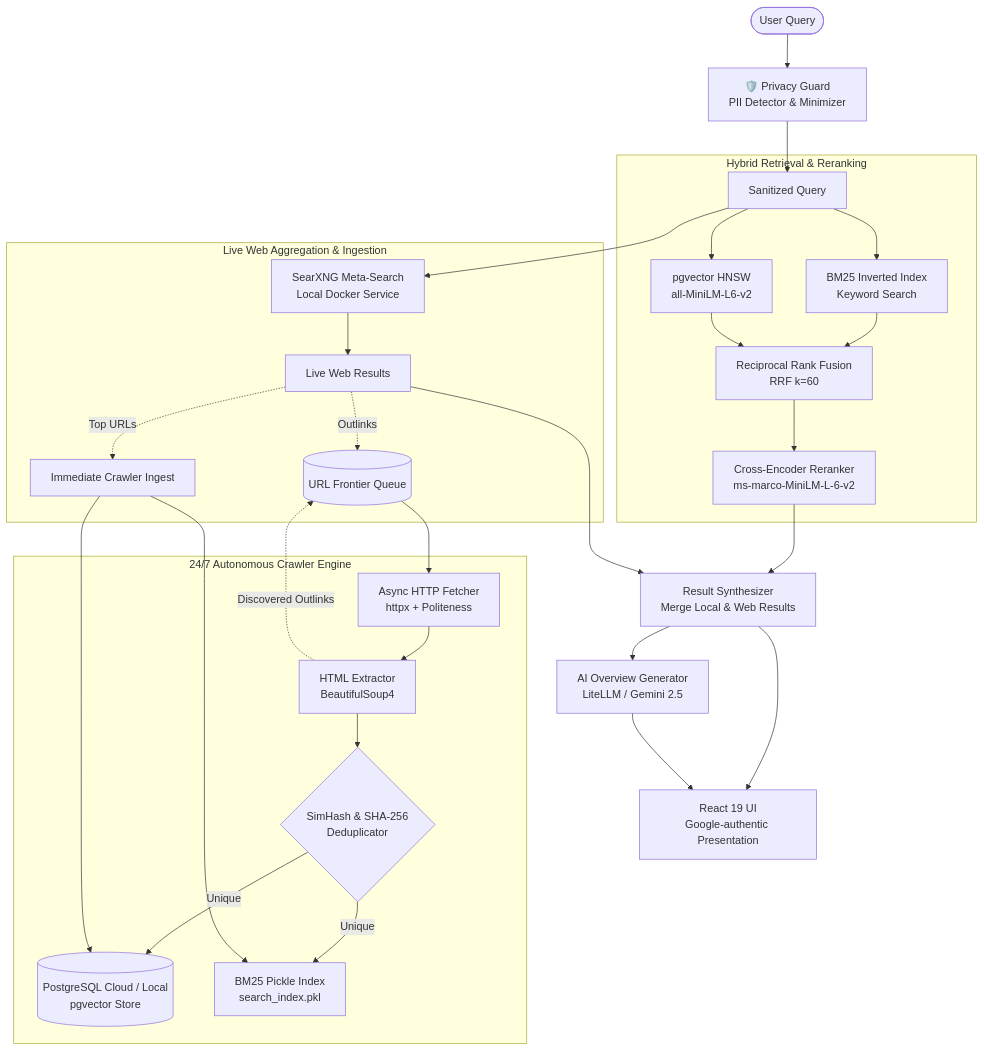
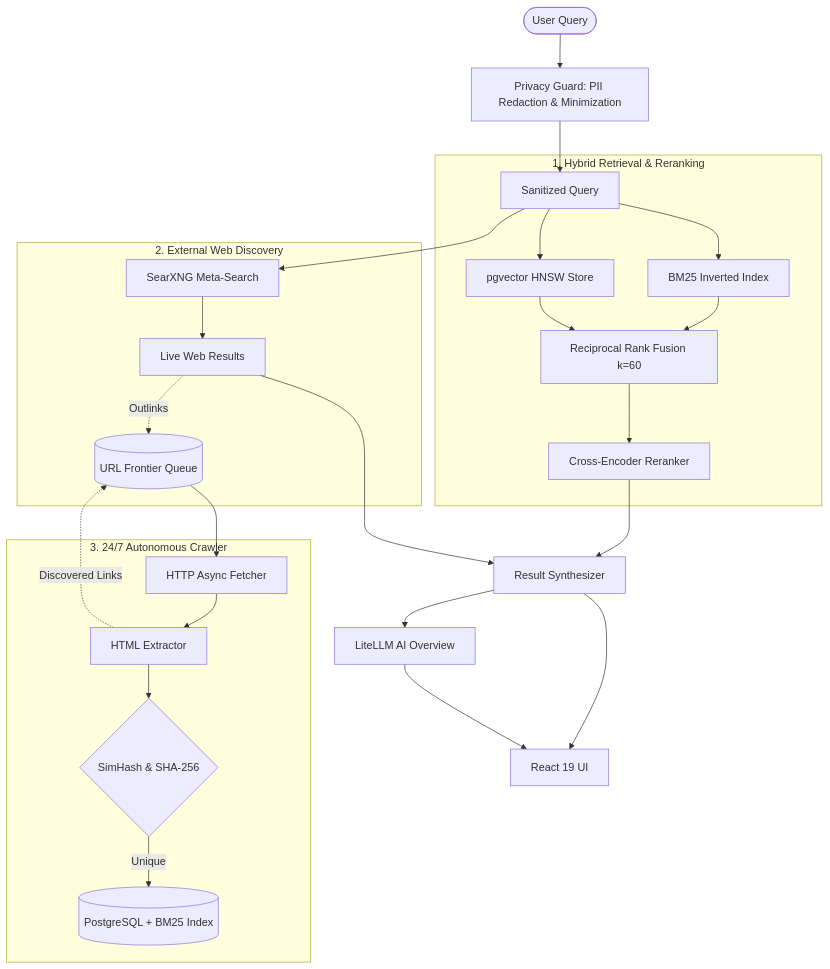
The diagram in README.md (Sameetpatro/not-google), drawn with Mermaid before and after one commit. The commit also changed other lines of this file, not shown here.

Commit message:
Simplify README: architecture, logic formulas, structure, and usage

````diff
--- a/README.md
+++ b/README.md
@@ -59,39 +9,33 @@
 ```mermaid
 flowchart TD
-    User([User Query]) --> Privacy[🛡️ Privacy Guard<br/>PII Detector & Minimizer]
-    Privacy --> CleanQuery[Sanitized Query]
+    Query([User Query]) --> Privacy[Privacy Guard: PII Redaction & Minimization]
+    Privacy --> CleanQ[Sanitized Query]
 
-    subgraph Retrieval["Hybrid Retrieval & Reranking"]
-        CleanQuery --> BM25[BM25 Inverted Index<br/>Keyword Search]
-        CleanQuery --> Vector[pgvector HNSW<br/>all-MiniLM-L6-v2]
-        BM25 --> RRF[Reciprocal Rank Fusion<br/>RRF k=60]
-        Vector --> RRF
-        RRF --> Rerank[Cross-Encoder Reranker<br/>ms-marco-MiniLM-L-6-v2]
+    subgraph Retrieval["1. Hybrid Retrieval & Reranking"]
+        CleanQ --> BM25[BM25 Inverted Index]
+        CleanQ --> Vec[pgvector HNSW Store]
+        BM25 --> RRF[Reciprocal Rank Fusion k=60]
+        Vec --> RRF
+        RRF --> CrossEnc[Cross-Encoder Reranker]
     end
 
-    subgraph WebDiscovery["Live Web Aggregation & Ingestion"]
-        CleanQuery --> SearXNG[SearXNG Meta-Search<br/>Local Docker Service]
+    subgraph Web["2. External Web Discovery"]
+        CleanQ --> SearXNG[SearXNG Meta-Search]
         SearXNG --> WebResults[Live Web Results]
-        WebResults -. Top URLs .-> RealtimeIngest[Immediate Crawler Ingest]
         WebResults -. Outlinks .-> Frontier[(URL Frontier Queue)]
     end
 
-    subgraph Crawler["24/7 Autonomous Crawler Engine"]
-        Frontier --> Fetcher[Async HTTP Fetcher<br/>httpx + Politeness]
-        Fetcher --> Extractor[HTML Extractor<br/>BeautifulSoup4]
-        Extractor --> Dedup{SimHash & SHA-256<br/>Deduplicator}
-        Dedup -- Unique --> DB[(PostgreSQL Cloud / Local<br/>pgvector Store)]
-        Dedup -- Unique --> Indexer[BM25 Pickle Index<br/>search_index.pkl]
-        Extractor -. Discovered Outlinks .-> Frontier
+    subgraph Crawler["3. 24/7 Autonomous Crawler"]
+        Frontier --> Fetcher[HTTP Async Fetcher]
+        Fetcher --> Extractor[HTML Extractor]
+        Extractor --> Dedup{SimHash & SHA-256}
+        Dedup -- Unique --> Storage[(PostgreSQL + BM25 Index)]
+        Extractor -. Discovered Links .-> Frontier
     end
 
-    RealtimeIngest --> DB
-    RealtimeIngest --> Indexer
-
-    Rerank --> Synthesizer[Result Synthesizer<br/>Merge Local & Web Results]
+    CrossEnc --> Synthesizer[Result Synthesizer]
     WebResults --> Synthesizer
-
-    Synthesizer --> Overview[AI Overview Generator<br/>LiteLLM / Gemini 2.5]
-    Synthesizer --> Frontend[React 19 UI<br/>Google-authentic Presentation]
-    Overview --> Frontend
+    Synthesizer --> SGE[LiteLLM AI Overview]
+    Synthesizer --> Frontend[React 19 UI]
+    SGE --> Frontend
 ```
````
